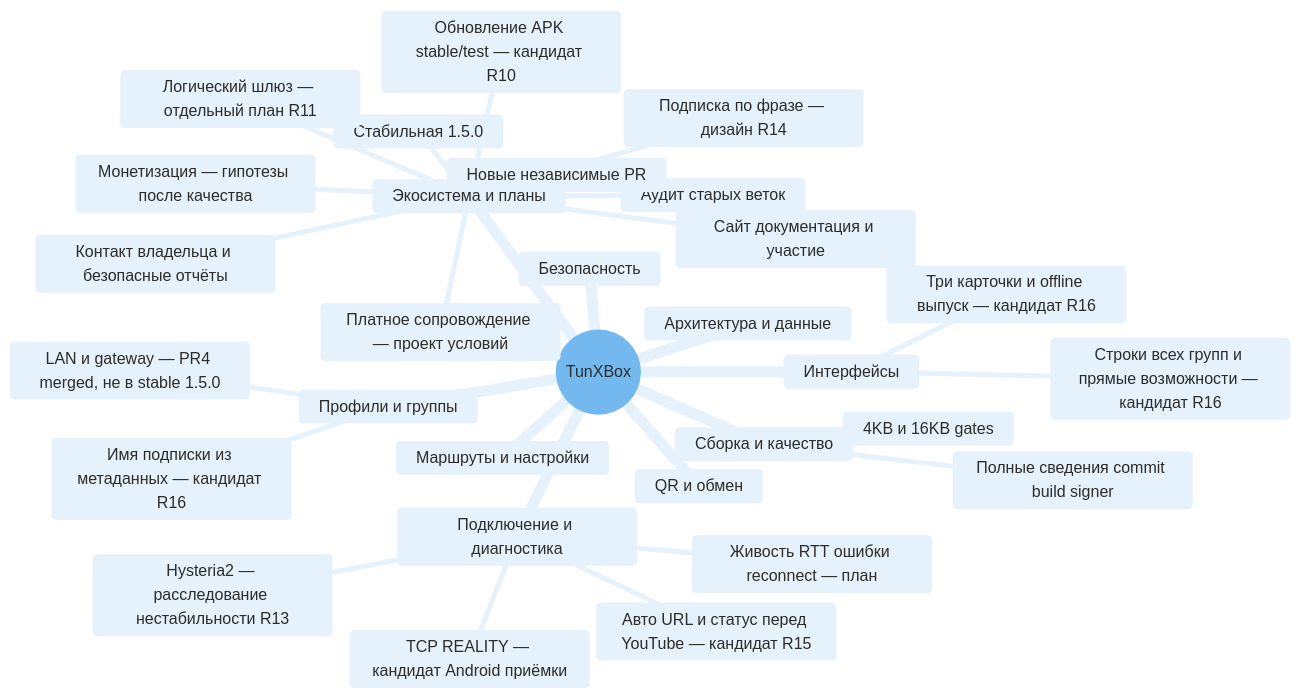
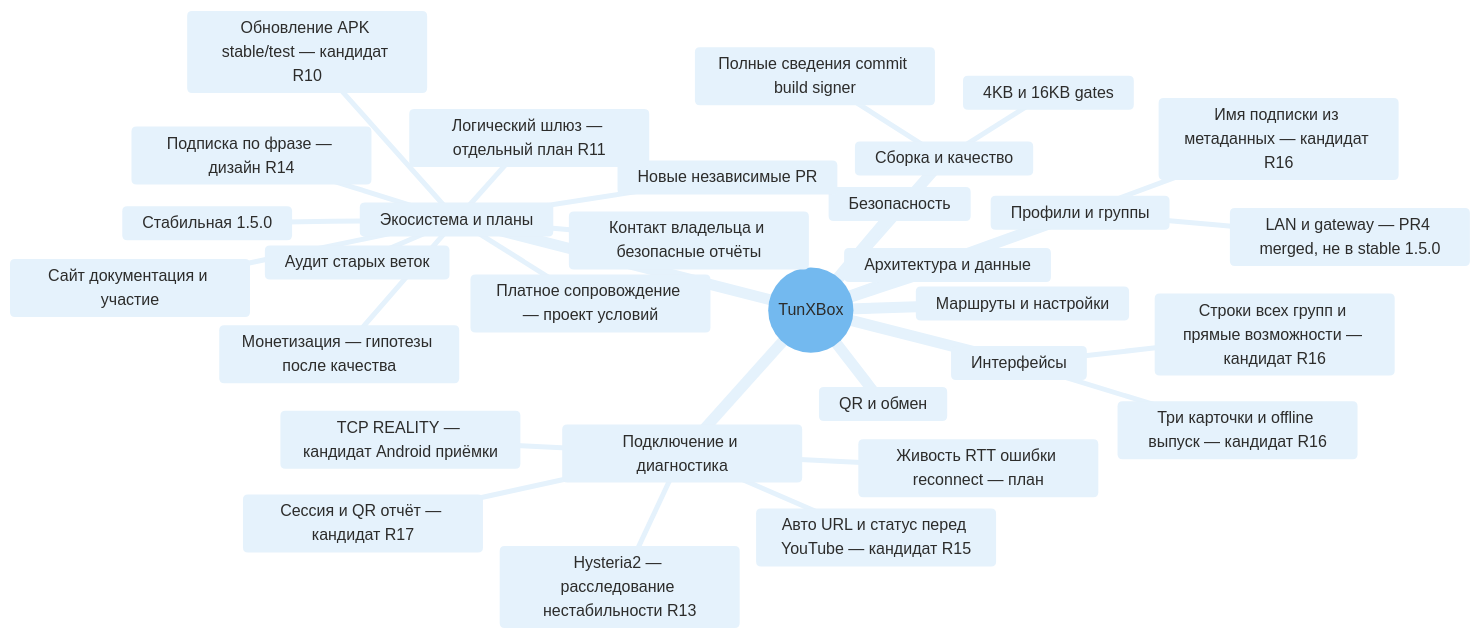
Before and after one commit to LeonidYasin/TunXBox: the diagram in docs/project-map.md, drawn with Mermaid. The commit also changed other lines of this file and 35 other files, not shown here.

````diff
--- a/docs/project-map.md
+++ b/docs/project-map.md
@@ -9,34 +9,35 @@
 ```mermaid
 %%{init: {"theme": "base", "themeVariables": {"primaryColor": "#E5F2FC", "primaryTextColor": "#2C2C2B", "primaryBorderColor": "#2783DE", "lineColor": "#7D7A75", "secondaryColor": "#E8F1EC", "tertiaryColor": "#F9F8F7", "fontFamily": "Arial", "cScale0": "#E5F2FC", "cScaleLabel0": "#2C2C2B", "cScale1": "#E5F2FC", "cScaleLabel1": "#2C2C2B", "cScale2": "#E5F2FC", "cScaleLabel2": "#2C2C2B", "cScale3": "#E5F2FC", "cScaleLabel3": "#2C2C2B", "cScale4": "#E5F2FC", "cScaleLabel4": "#2C2C2B", "cScale5": "#E5F2FC", "cScaleLabel5": "#2C2C2B", "cScale6": "#E5F2FC", "cScaleLabel6": "#2C2C2B", "cScale7": "#E5F2FC", "cScaleLabel7": "#2C2C2B", "cScale8": "#E5F2FC", "cScaleLabel8": "#2C2C2B", "cScale9": "#E5F2FC", "cScaleLabel9": "#2C2C2B", "cScale10": "#E5F2FC", "cScaleLabel10": "#2C2C2B", "cScale11": "#E5F2FC", "cScaleLabel11": "#2C2C2B"}}}%%
 mindmap
   root((TunXBox))
     Интерфейсы
       Строки всех групп и прямые возможности — кандидат R16
       Три карточки и offline выпуск — кандидат R16
     Профили и группы
       Имя подписки из метаданных — кандидат R16
       LAN и gateway — PR4 merged, не в stable 1.5.0
     Подключение и диагностика
       TCP REALITY — кандидат Android приёмки
       Hysteria2 — расследование нестабильности R13
       Авто URL и статус перед YouTube — кандидат R15
+      Сессия и QR отчёт — кандидат R17
       Живость RTT ошибки reconnect — план
     Маршруты и настройки
     QR и обмен
     Архитектура и данные
     Сборка и качество
       Полные сведения commit build signer
       4KB и 16KB gates
     Безопасность
     Экосистема и планы
       Стабильная 1.5.0
       Аудит старых веток
       Новые независимые PR
       Обновление APK stable/test — кандидат R10
       Сайт документация и участие
       Контакт владельца и безопасные отчёты
       Платное сопровождение — проект условий
       Монетизация — гипотезы после качества
       Логический шлюз — отдельный план R11
       Подписка по фразе — дизайн R14
 ```
````
